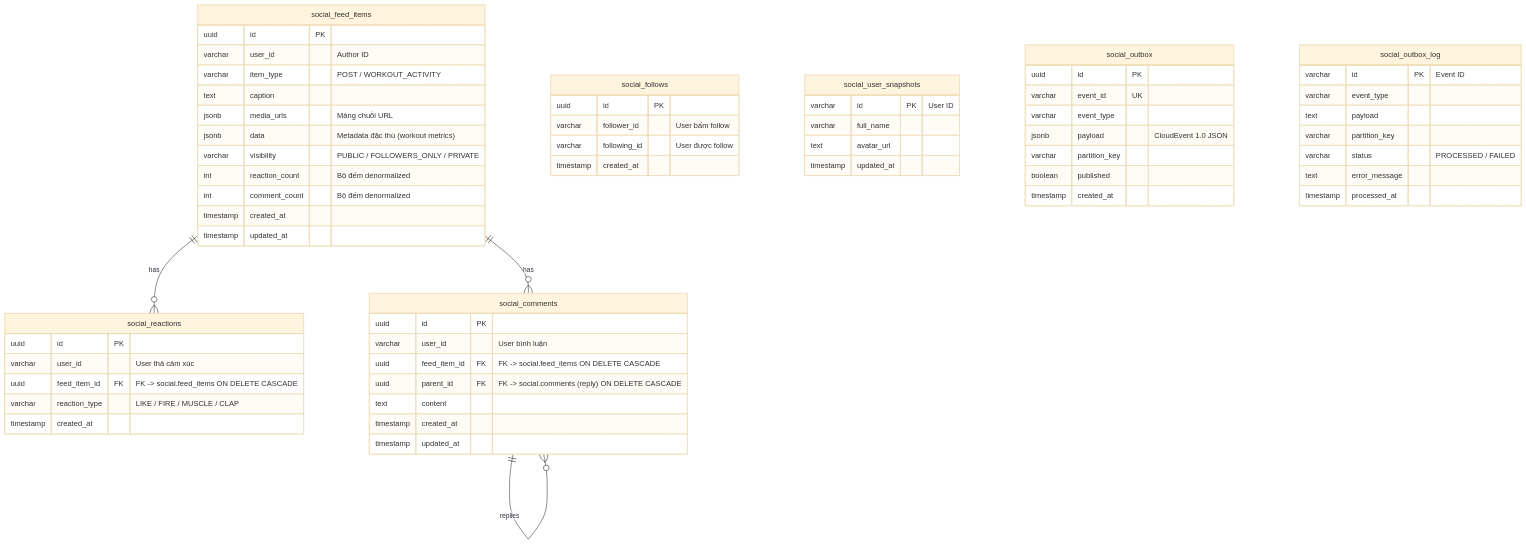
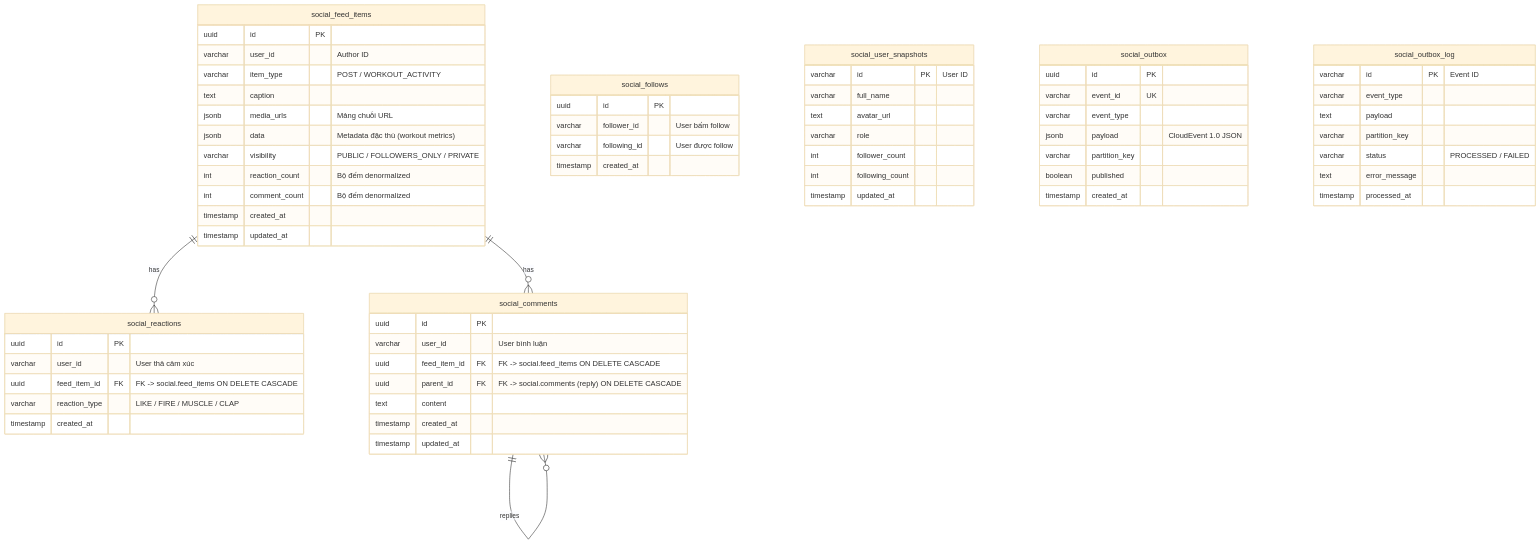
Before and after one commit to viethung213/gym-companion: the diagram in internal/social/docs/03_system_design/system_design.md, drawn with Mermaid (base theme). The commit also changed 28 other files, not shown here.

First line of the commit message:
✨ feat(social): add follower and following counters to user snapshot

````diff
--- a/internal/social/docs/03_system_design/system_design.md
+++ b/internal/social/docs/03_system_design/system_design.md
@@ -61,72 +61,75 @@
 ```mermaid
 erDiagram
     social_feed_items ||--o{ social_reactions : "has"
     social_feed_items ||--o{ social_comments : "has"
     social_comments ||--o{ social_comments : "replies"
 
     social_feed_items {
         uuid id PK
         varchar user_id "Author ID"
         varchar item_type "POST / WORKOUT_ACTIVITY"
         text caption
         jsonb media_urls "Mảng chuỗi URL"
         jsonb data "Metadata đặc thù (workout metrics)"
         varchar visibility "PUBLIC / FOLLOWERS_ONLY / PRIVATE"
         int reaction_count "Bộ đếm denormalized"
         int comment_count "Bộ đếm denormalized"
         timestamp created_at
         timestamp updated_at
     }
 
     social_reactions {
         uuid id PK
         varchar user_id "User thả cảm xúc"
         uuid feed_item_id FK "FK -> social.feed_items ON DELETE CASCADE"
         varchar reaction_type "LIKE / FIRE / MUSCLE / CLAP"
         timestamp created_at
     }
 
     social_comments {
         uuid id PK
         varchar user_id "User bình luận"
         uuid feed_item_id FK "FK -> social.feed_items ON DELETE CASCADE"
         uuid parent_id FK "FK -> social.comments (reply) ON DELETE CASCADE"
         text content
         timestamp created_at
         timestamp updated_at
     }
 
     social_follows {
         uuid id PK
         varchar follower_id "User bấm follow"
         varchar following_id "User được follow"
         timestamp created_at
     }
 
     social_user_snapshots {
         varchar id PK "User ID"
         varchar full_name
         text avatar_url
+        varchar role
+        int follower_count
+        int following_count
         timestamp updated_at
     }
 
     social_outbox {
         uuid id PK
         varchar event_id UK
         varchar event_type
         jsonb payload "CloudEvent 1.0 JSON"
         varchar partition_key
         boolean published
         timestamp created_at
     }
 
     social_outbox_log {
         varchar id PK "Event ID"
         varchar event_type
         text payload
         varchar partition_key
         varchar status "PROCESSED / FAILED"
         text error_message
         timestamp processed_at
     }
 ```
````
